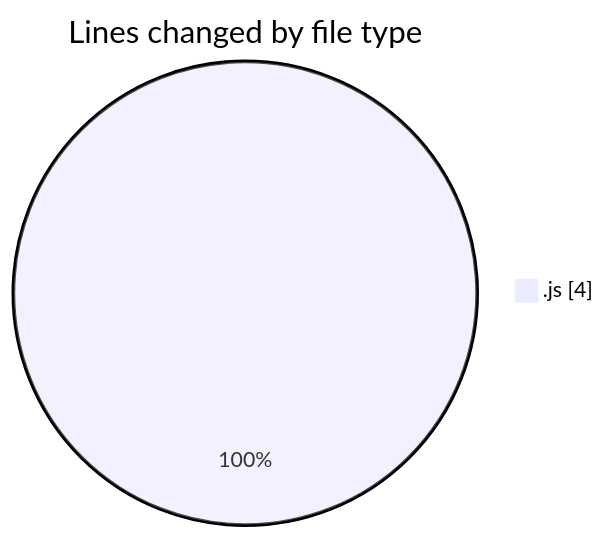
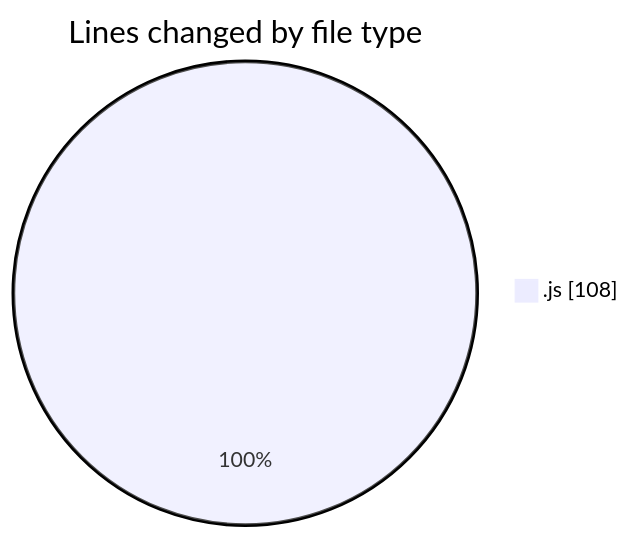
Before and after one commit to Ritupan-Deka/code-tracking: the first of 2 diagrams in 2025-07-28/javascript/README.md, drawn with Mermaid. The commit also changed other lines of this file and 1 other file, not shown here.

````diff
--- a/2025-07-28/javascript/README.md
+++ b/2025-07-28/javascript/README.md
@@ -20,5 +20,5 @@
 ```mermaid
 pie showData
 title Lines changed by file type
-".js" : 4
+".js" : 108
 ```
````
